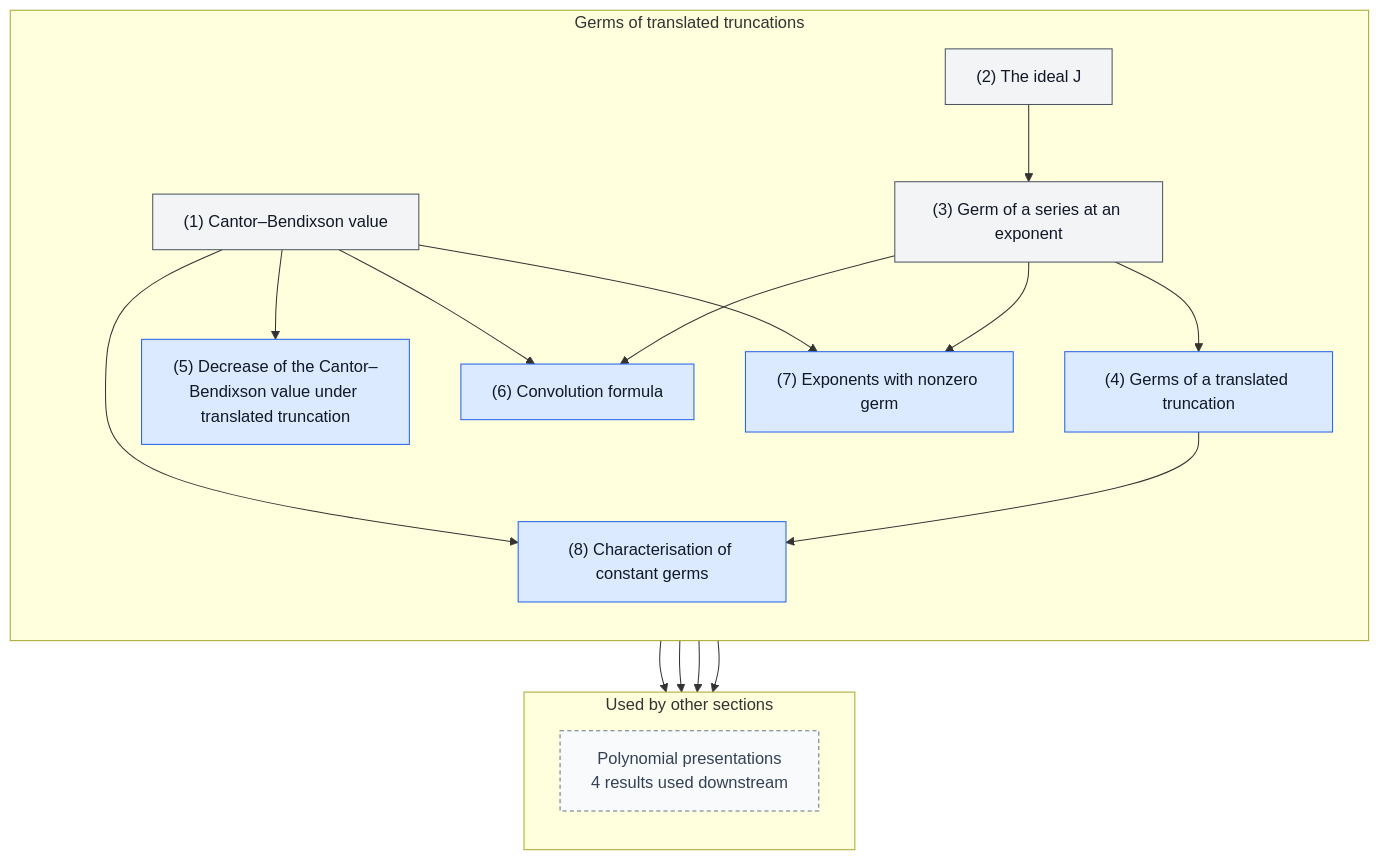
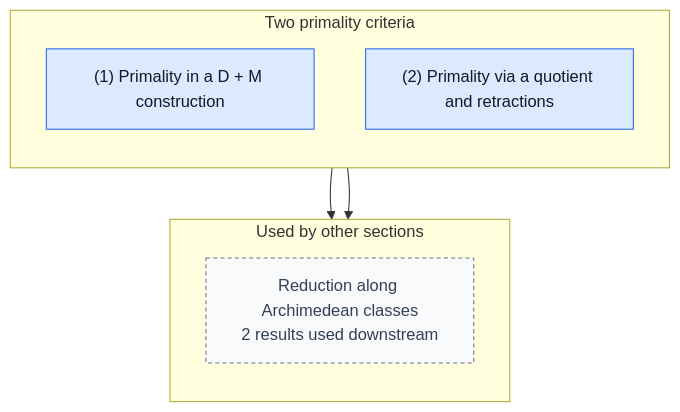
The second of 6 diagrams in README.md (gaearon/conway-refinement), drawn with Mermaid before and after one commit. The commit also changed other lines of this file and 27 other files, not shown here.

````diff
--- a/README.md
+++ b/README.md
@@ -206,51 +196,28 @@
 ```mermaid
 %% Generated by scripts/blueprint.sh; do not edit.
 %% Other sections are compressed to boundary nodes.
 %% Solid arrows are proof dependencies; dashed arrows are statement dependencies.
 flowchart TB
-  subgraph current["Germs of translated truncations"]
+  subgraph current["Two primality criteria"]
     direction TB
-    n001["(1) Cantor–Bendixson value"]:::definition
-    n002["(2) The ideal J"]:::definition
-    n003["(3) Germ of a series at an exponent"]:::definition
-    n004["(4) Germs of a translated truncation"]:::lemma
-    n005["(5) Decrease of the Cantor–Bendixson value under translated truncation"]:::lemma
-    n006["(6) Convolution formula"]:::lemma
-    n007["(7) Exponents with nonzero germ"]:::lemma
-    n008["(8) Characterisation of constant germs"]:::lemma
+    n001["(1) Primality in a D + M construction"]:::lemma
+    n002["(2) Primality via a quotient and retractions"]:::lemma
   end
   subgraph outputs["Used by other sections"]
     direction TB
-    out0["Polynomial presentations<br/>4 results used downstream"]:::boundary
+    out0["Reduction along Archimedean classes<br/>2 results used downstream"]:::boundary
   end
 
-  n002 --> n003
-  n003 --> n004
-  n001 --> n005
-  n001 --> n006
-  n003 --> n006
-  n001 --> n007
-  n003 --> n007
-  n001 --> n008
-  n004 --> n008
-  n007 --> out0
-  n008 --> out0
-  n005 --> out0
-  n006 --> out0
-  click n001 "https://gaearon.github.io/conway-refinement/#/result/cantor-bendixson-value" "Open the statement for definition 1"
-  click n002 "https://gaearon.github.io/conway-refinement/#/result/bounded-away-ideal" "Open the statement for definition 2"
-  click n003 "https://gaearon.github.io/conway-refinement/#/result/germ-at" "Open the statement for definition 3"
-  click n004 "https://gaearon.github.io/conway-refinement/#/result/germs-of-translated-truncation" "Open the statement for lemma 4"
-  click n005 "https://gaearon.github.io/conway-refinement/#/result/cantor-bendixson-value-drop" "Open the statement for lemma 5"
-  click n006 "https://gaearon.github.io/conway-refinement/#/result/convolution-formula" "Open the statement for lemma 6"
-  click n007 "https://gaearon.github.io/conway-refinement/#/result/nonzero-germs" "Open the statement for lemma 7"
-  click n008 "https://gaearon.github.io/conway-refinement/#/result/constant-germs" "Open the statement for lemma 8"
+  n001 --> out0
+  n002 --> out0
+  click n001 "https://gaearon.github.io/conway-refinement/#/result/primality-in-d-plus-m" "Open the statement for lemma 1"
+  click n002 "https://gaearon.github.io/conway-refinement/#/result/primality-from-germs-and-restrictions" "Open the statement for lemma 2"
 
   classDef theorem fill:#fff3bf,stroke:#e67700,stroke-width:2px,color:#111827
   classDef definition fill:#f3f4f6,stroke:#4b5563,color:#111827
   classDef lemma fill:#dbeafe,stroke:#2563eb,color:#111827
   classDef proposition fill:#ede9fe,stroke:#7c3aed,color:#111827
   classDef corollary fill:#dcfce7,stroke:#16a34a,color:#111827
   classDef fact fill:#fce7f3,stroke:#db2777,color:#111827
   classDef boundary fill:#f8fafc,stroke:#64748b,stroke-dasharray:4 3,color:#334155
 ```
````
